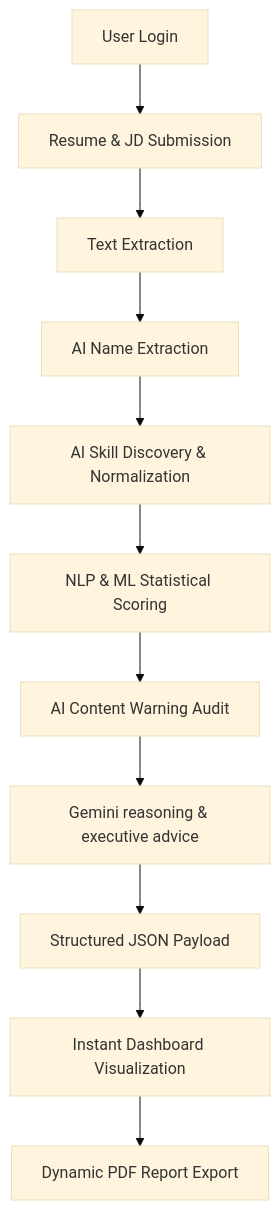
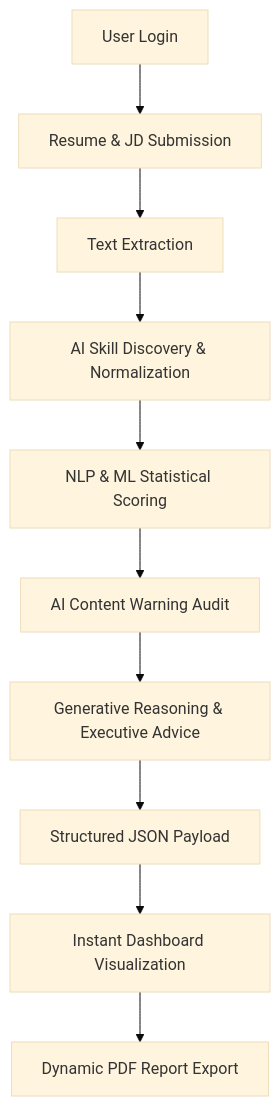
The diagram in WORKFLOW.md (Kaifkhan1212/ResumeXAI2.0), drawn with Mermaid (base theme) before and after one commit. The commit also changed other lines of this file and 2 other files, not shown here.

Commit message:
Update README with workflow and architecture documentation

````diff
--- a/WORKFLOW.md
+++ b/WORKFLOW.md
@@ -96,13 +96,12 @@
 ```mermaid
 graph TD
     A[User Login] --> B[Resume & JD Submission]
     B --> C[Text Extraction]
-    C --> D[AI Name Extraction]
-    D --> E[AI Skill Discovery & Normalization]
-    E --> F[NLP & ML Statistical Scoring]
-    F --> G[AI Content Warning Audit]
-    G --> H[Gemini reasoning & executive advice]
-    H --> I[Structured JSON Payload]
-    I --> J[Instant Dashboard Visualization]
-    J --> K[Dynamic PDF Report Export]
+    C --> D[AI Skill Discovery & Normalization]
+    D --> E[NLP & ML Statistical Scoring]
+    E --> F[AI Content Warning Audit]
+    F --> G[Generative Reasoning & Executive Advice]
+    G --> H[Structured JSON Payload]
+    H --> I[Instant Dashboard Visualization]
+    I --> J[Dynamic PDF Report Export]
 ```
````
